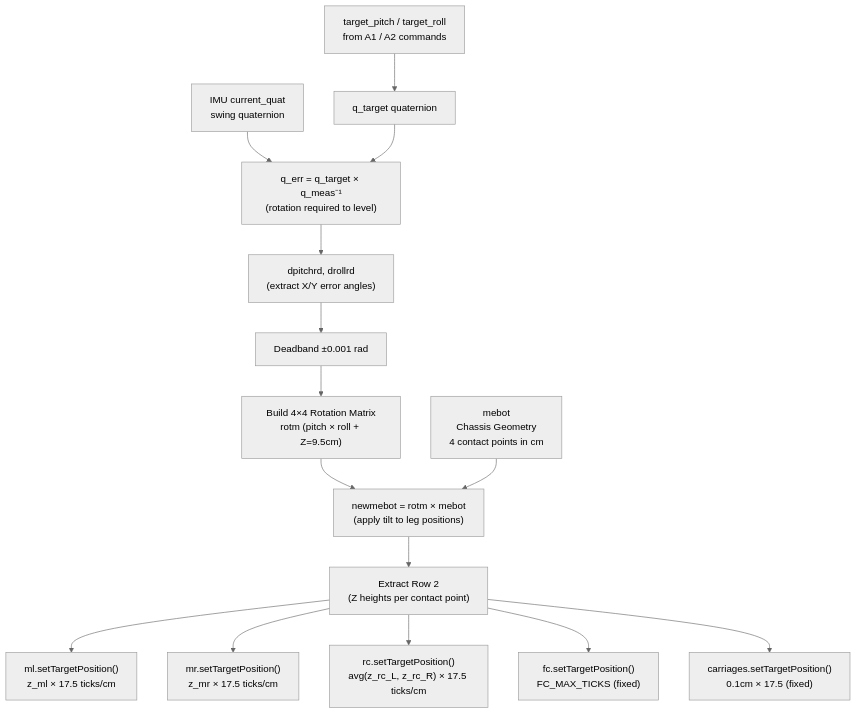
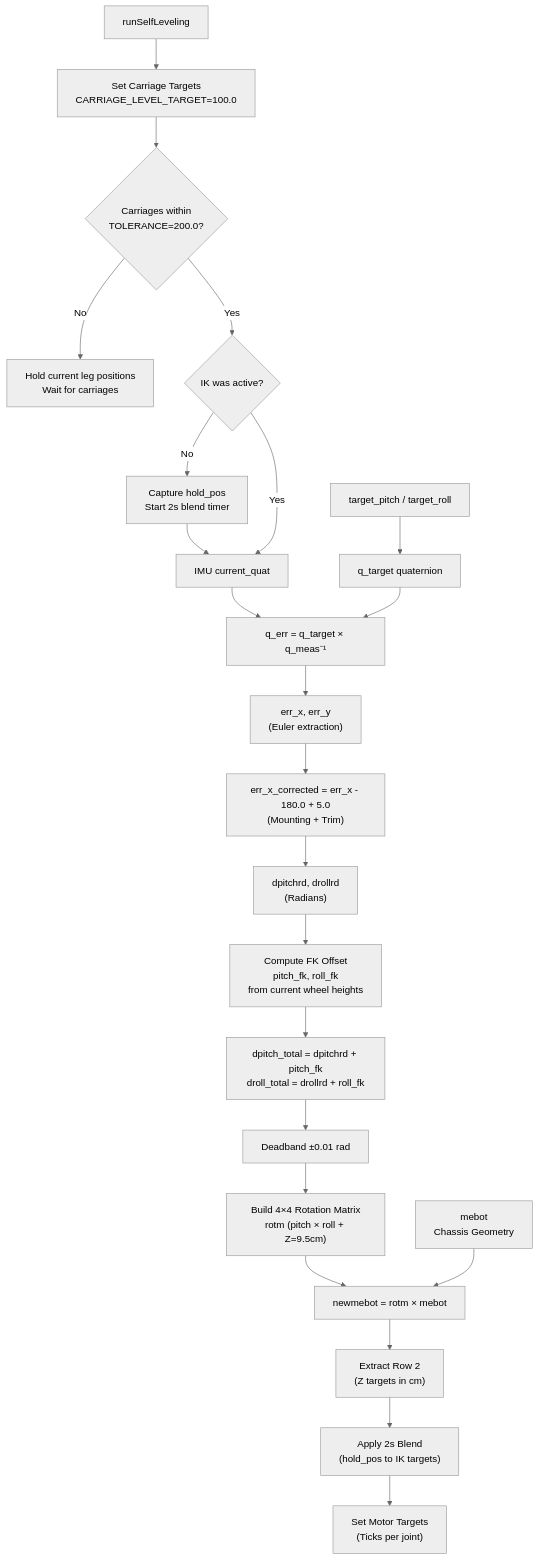
Before and after one commit to rammp-org/Demo-Software: the diagram in docs/firmware/SELF_LEVELING.md, drawn with Mermaid (neutral theme). The commit also changed other lines of this file and 21 other files, not shown here.

````diff
--- a/docs/firmware/SELF_LEVELING.md
+++ b/docs/firmware/SELF_LEVELING.md
@@ -171,20 +166,34 @@
 ```mermaid
 flowchart TD
-    IMU[IMU current_quat\nswing quaternion] --> QErr["q_err = q_target × q_meas⁻¹\n(rotation required to level)"]
-    TargetPR[target_pitch / target_roll\nfrom A1 / A2 commands] --> QTarget[q_target quaternion]
+    Start[runSelfLeveling] --> CarrTarget[Set Carriage Targets\nCARRIAGE_LEVEL_TARGET=100.0]
+    CarrTarget --> CarrCheck{Carriages within\nTOLERANCE=200.0?}
+    
+    CarrCheck -- No --> Hold[Hold current leg positions\nWait for carriages]
+    CarrCheck -- Yes --> IKActive{IK was active?}
+    
+    IKActive -- No --> Capture[Capture hold_pos\nStart 2s blend timer]
+    Capture --> IMU
+    IKActive -- Yes --> IMU
+    
+    IMU[IMU current_quat] --> QErr["q_err = q_target × q_meas⁻¹"]
+    TargetPR[target_pitch / target_roll] --> QTarget[q_target quaternion]
     QTarget --> QErr
-
-    QErr --> EulerErr["dpitchrd, drollrd\n(extract X/Y error angles)"]
-    EulerErr --> Deadband["Deadband ±0.001 rad"]
+    
+    QErr --> EulerErr["err_x, err_y\n(Euler extraction)"]
+    EulerErr --> CorrectX["err_x_corrected = err_x - 180.0 + 5.0\n(Mounting + Trim)"]
+    CorrectX --> Rads["dpitchrd, drollrd\n(Radians)"]
+    
+    Rads --> FK["Compute FK Offset\npitch_fk, roll_fk\nfrom current wheel heights"]
+    FK --> TotalErr["dpitch_total = dpitchrd + pitch_fk\ndroll_total = drollrd + roll_fk"]
+    
+    TotalErr --> Deadband["Deadband ±0.01 rad"]
     Deadband --> RotM["Build 4×4 Rotation Matrix\nrotm (pitch × roll + Z=9.5cm)"]
-
-    RotM --> MatMul["newmebot = rotm × mebot\n(apply tilt to leg positions)"]
-    ChassisGeo["mebot\nChassis Geometry\n4 contact points in cm"] --> MatMul
-
-    MatMul --> ExtractZ["Extract Row 2\n(Z heights per contact point)"]
-    ExtractZ --> ML["ml.setTargetPosition()\nz_ml × 17.5 ticks/cm"]
-    ExtractZ --> MR["mr.setTargetPosition()\nz_mr × 17.5 ticks/cm"]
-    ExtractZ --> RC["rc.setTargetPosition()\navg(z_rc_L, z_rc_R) × 17.5 ticks/cm"]
-    ExtractZ --> FC["fc.setTargetPosition()\nFC_MAX_TICKS (fixed)"]
-    ExtractZ --> Carr["carriages.setTargetPosition()\n0.1cm × 17.5 (fixed)"]
+    
+    RotM --> MatMul["newmebot = rotm × mebot"]
+    ChassisGeo["mebot\nChassis Geometry"] --> MatMul
+    
+    MatMul --> ExtractZ["Extract Row 2\n(Z targets in cm)"]
+    ExtractZ --> Blend["Apply 2s Blend\n(hold_pos to IK targets)"]
+    
+    Blend --> Dispatch["Set Motor Targets\n(Ticks per joint)"]
 ```
````
